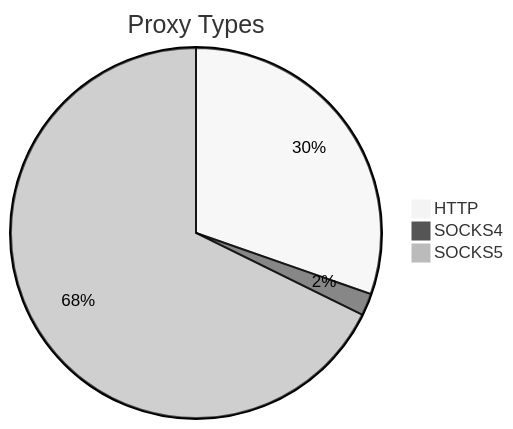
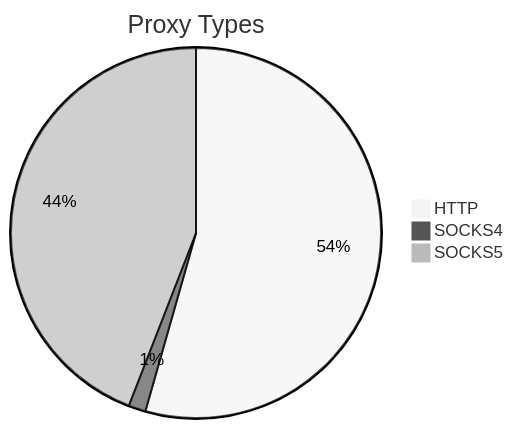
The first of 2 diagrams in README.md (stormsia/proxy-list), drawn with Mermaid (neutral theme) before and after one commit. The commit also changed other lines of this file, not shown here.

````diff
--- a/README.md
+++ b/README.md
@@ -21,6 +21,6 @@
 ```mermaid
 pie title Proxy Types
-    "HTTP" : 410
-    "SOCKS4" : 26
-    "SOCKS5" : 915
+    "HTTP" : 1636
+    "SOCKS4" : 45
+    "SOCKS5" : 1326
 ```
````
